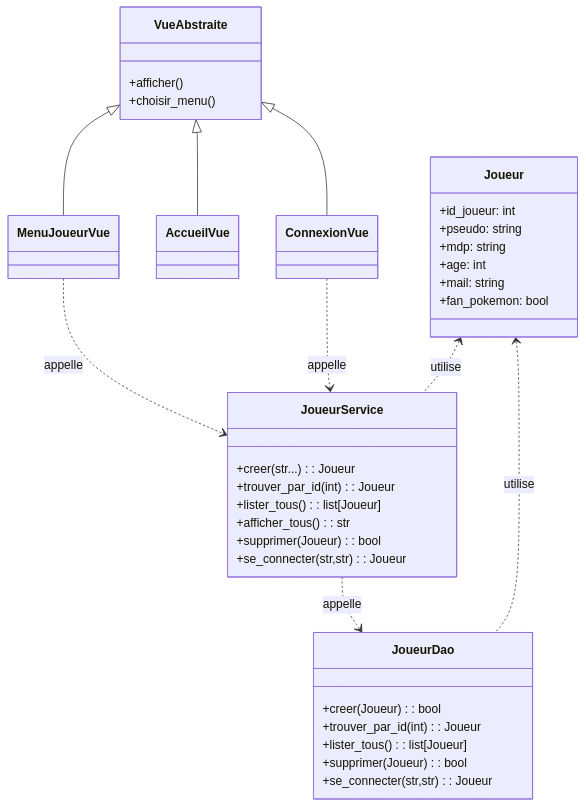
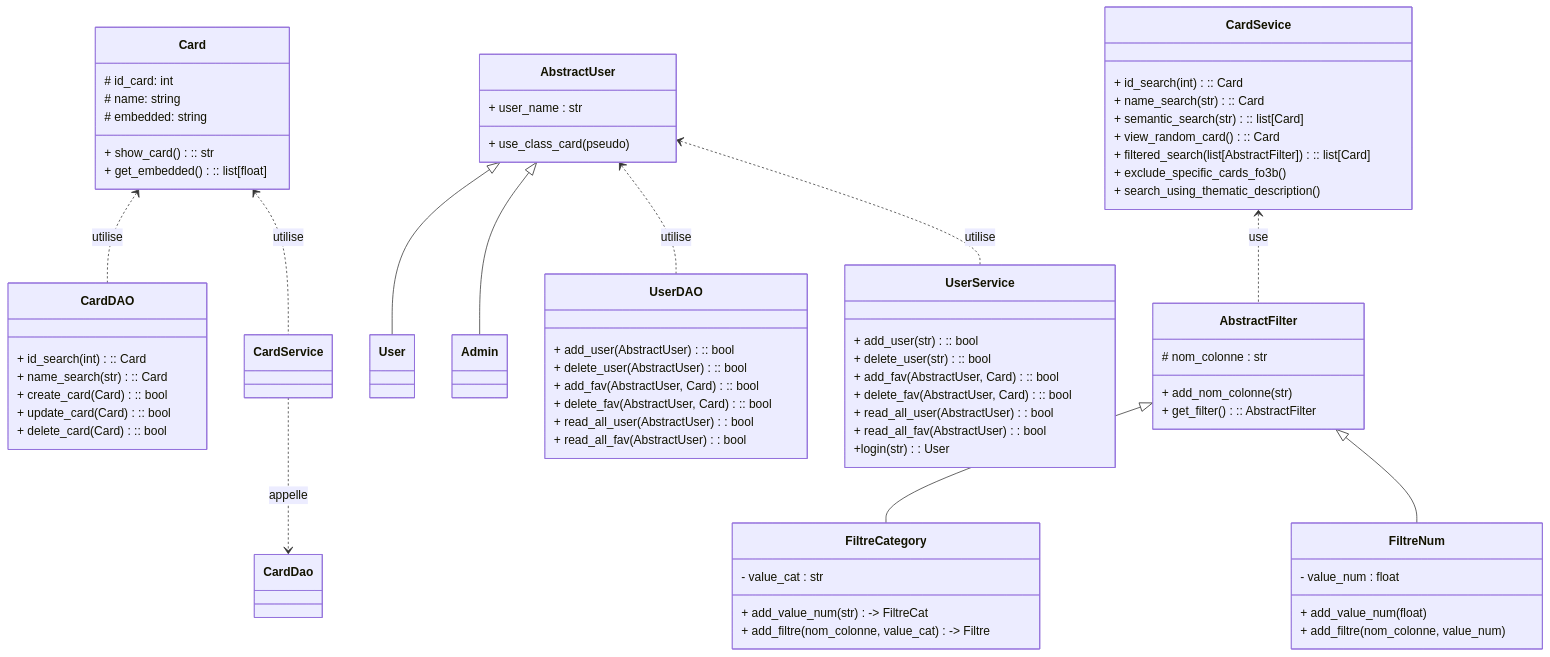
Before and after one commit to yz-create/MagicSearch: the diagram in doc/diag_classes.md, drawn with Mermaid.

Commit message:
diag classe

````diff
--- a/doc/diag_classes.md
+++ b/doc/diag_classes.md
@@ -17,51 +17,93 @@
 ```mermaid
 classDiagram
-    class Joueur {
-        +id_joueur: int
-        +pseudo: string
-        +mdp: string
-        +age: int
-        +mail: string
-        +fan_pokemon: bool
+    class Card {
+        # id_card: int
+        # name: string
+        # embedded: string
+
+        + show_card() :: str
+        + get_embedded() :: list[float]
     }
 
-    class JoueurDao {
-        +creer(Joueur): bool
-        +trouver_par_id(int): Joueur
-        +lister_tous(): list[Joueur]
-        +supprimer(Joueur): bool
-        +se_connecter(str,str): Joueur
+    class CardDAO{
+        + id_search(int) :: Card
+        + name_search(str) :: Card
+        + create_card(Card) :: bool
+        + update_card(Card) :: bool
+        + delete_card(Card) :: bool
     }
 
-    class JoueurService {
-        +creer(str...): Joueur
-        +trouver_par_id(int): Joueur
-        +lister_tous(): list[Joueur]
-        +afficher_tous(): str
-        +supprimer(Joueur): bool
-        +se_connecter(str,str): Joueur
+    class CardSevice{
+        + id_search(int) :: Card
+        + name_search(str) :: Card
+        + semantic_search(str) :: list[Card]
+        + view_random_card() :: Card  
+
+        + filtered_search(list[AbstractFilter]) :: list[Card]
+        + exclude_specific_cards_fo3b()
+        + search_using_thematic_description()
     }
 
-    class AccueilVue {
+    class AbstractFilter{
+        # nom_colonne : str
+        + add_nom_colonne(str) 
+        + get_filter() :: AbstractFilter
+        
     }
 
-    class ConnexionVue {
+    class FiltreNum{
+        - value_num : float
+        + add_value_num(float) 
+        + add_filtre(nom_colonne, value_num) 
     }
 
-    class MenuJoueurVue {
+    class FiltreCategory{
+        - value_cat : str
+        + add_value_num(str) -> FiltreCat
+        + add_filtre(nom_colonne, value_cat) -> Filtre
+
     }
 
-    class VueAbstraite{
-      +afficher()
-      +choisir_menu()
+    class AbstractUser{
+        + user_name : str 
+        + use_class_card(pseudo)
     }
 
-    VueAbstraite <|-- AccueilVue
-    VueAbstraite <|-- ConnexionVue
-    VueAbstraite <|-- MenuJoueurVue
-    MenuJoueurVue ..> JoueurService : appelle
-    ConnexionVue ..> JoueurService : appelle
-    JoueurService ..> JoueurDao : appelle
-    Joueur <.. JoueurService: utilise
-    Joueur <.. JoueurDao: utilise
+    class User{}
+    class Admin{}
+
+    class UserDAO {
+        + add_user(AbstractUser) :: bool
+        + delete_user(AbstractUser) :: bool
+        + add_fav(AbstractUser, Card) :: bool
+        + delete_fav(AbstractUser, Card) :: bool
+        + read_all_user(AbstractUser) : bool
+        + read_all_fav(AbstractUser) : bool
+    }
+
+    class UserService {
+        + add_user(str) :: bool
+        + delete_user(str) :: bool
+        + add_fav(AbstractUser, Card) :: bool
+        + delete_fav(AbstractUser, Card) :: bool
+        + read_all_user(AbstractUser) : bool
+        + read_all_fav(AbstractUser) : bool
+        +login(str): User
+    }
+
+
+    
+
+    CardService ..> CardDao : appelle
+    Card <.. CardService: utilise
+    Card <.. CardDAO: utilise
+    AbstractFilter <|-- FiltreCategory
+    AbstractFilter <|-- FiltreNum
+    CardSevice <.. AbstractFilter: use
+
+    AbstractUser <|-- User
+    AbstractUser <|-- Admin
+    AbstractUser <.. UserService: utilise
+    AbstractUser <.. UserDAO: utilise
+    UserService 
 ```
````
